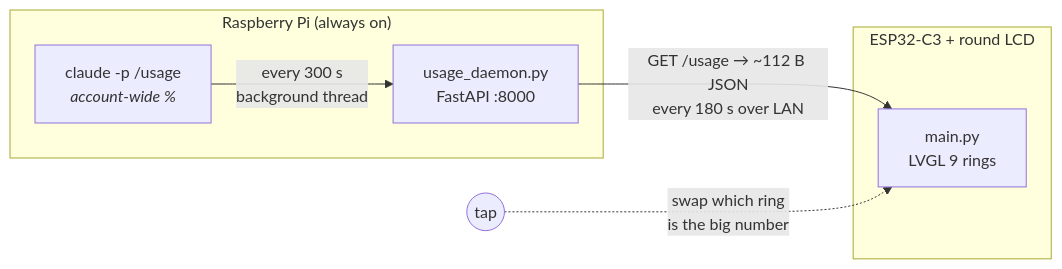
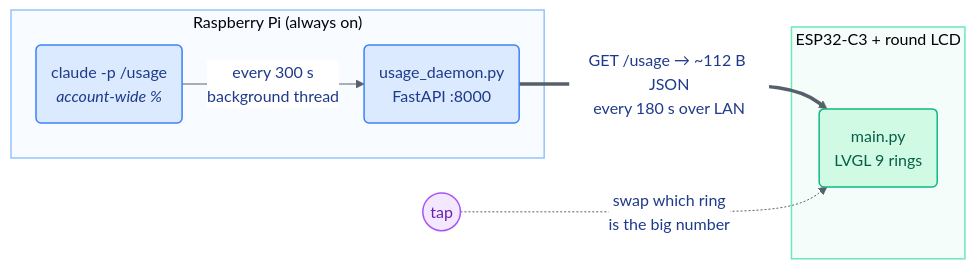
The diagram in README.md (schote/claude-monitor), drawn with Mermaid before and after one commit. The commit also changed other lines of this file, not shown here.

````diff
--- a/README.md
+++ b/README.md
@@ -28,15 +27,36 @@
 ```mermaid
+---
+config:
+  theme: 'base'
+  themeVariables:
+    primaryColor: '#dbeafe'
+    primaryTextColor: '#1e3a8a'
+    primaryBorderColor: '#3b82f6'
+    lineColor: '#57606a'
+    edgeLabelBackground: '#ffffff'
+---
 flowchart LR
     subgraph PI["Raspberry Pi (always on)"]
-        CLI["claude -p /usage<br/><i>account-wide %</i>"]
-        D["usage_daemon.py<br/>FastAPI :8000"]
+        CLI("claude -p /usage<br/><i>account-wide %</i>")
+        D("usage_daemon.py<br/>FastAPI :8000")
         CLI -->|"every 300 s<br/>background thread"| D
     end
 
     subgraph ESP["ESP32-C3 + round LCD"]
-        APP["main.py<br/>LVGL 9 rings"]
+        APP("main.py<br/>LVGL 9 rings")
     end
 
-    D -->|"GET /usage → ~112 B JSON<br/>every 180 s over LAN"| APP
+    D ==>|"GET /usage → ~112 B JSON<br/>every 180 s over LAN"| APP
     USER(("tap")) -.->|"swap which ring<br/>is the big number"| APP
+
+    classDef pi fill:#dbeafe,stroke:#3b82f6,stroke-width:1.5px,color:#1e3a8a
+    classDef esp fill:#d1fae5,stroke:#10b981,stroke-width:1.5px,color:#065f46
+    classDef tapNode fill:#f3e8ff,stroke:#a855f7,stroke-width:1.5px,color:#6b21a8
+
+    class CLI,D pi
+    class APP esp
+    class USER tapNode
+
+    style PI fill:#f8fbff,stroke:#93c5fd,stroke-width:1.5px
+    style ESP fill:#f4fdf9,stroke:#6ee7b7,stroke-width:1.5px
 ```
````
